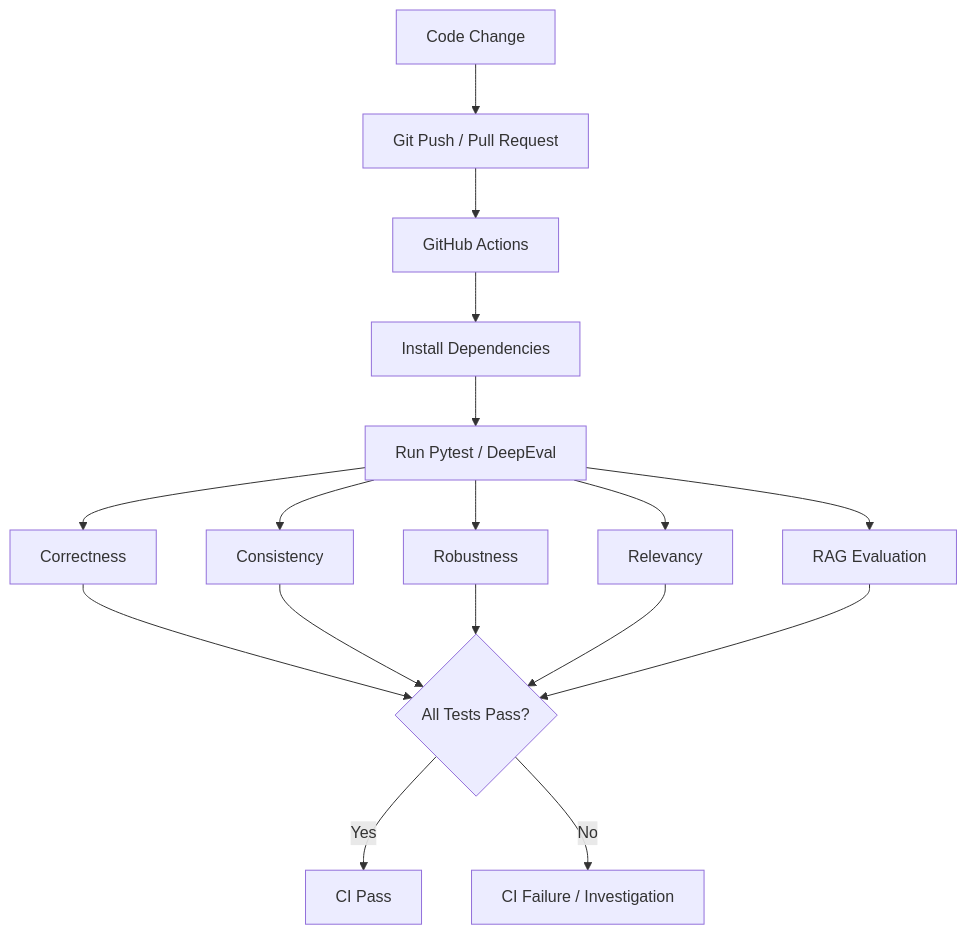
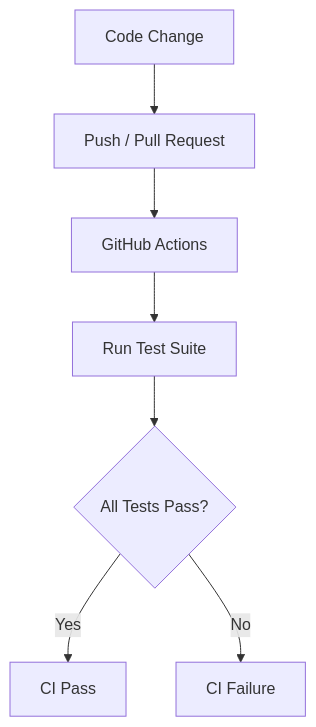
Before and after one commit to fberrosp/llm-validation-framework: the third of 5 diagrams in README.md, drawn with Mermaid. The commit also changed other lines of this file, not shown here.

````diff
--- a/README.md
+++ b/README.md
@@ -98,22 +88,10 @@
 ```mermaid
 flowchart TD
-A[Code Change] --> B[Git Push / Pull Request]
-B --> C[GitHub Actions]
-C --> D[Install Dependencies]
-D --> E[Run Pytest / DeepEval]
+    A[Code Change] --> B[Push / Pull Request]
+    B --> C[GitHub Actions]
+    C --> D[Run Test Suite]
+    D --> E{All Tests Pass?}
 
-    E --> F[Correctness]
-    E --> G[Consistency]
-    E --> H[Robustness]
-    E --> I[Relevancy]
-    E --> J[RAG Evaluation]
-
-    F --> K{All Tests Pass?}
-    G --> K
-    H --> K
-    I --> K
-    J --> K
-
-    K -->|Yes| L[CI Pass]
-    K -->|No| M[CI Failure / Investigation]
+    E -->|Yes| F[CI Pass]
+    E -->|No| G[CI Failure]
 ```
````
